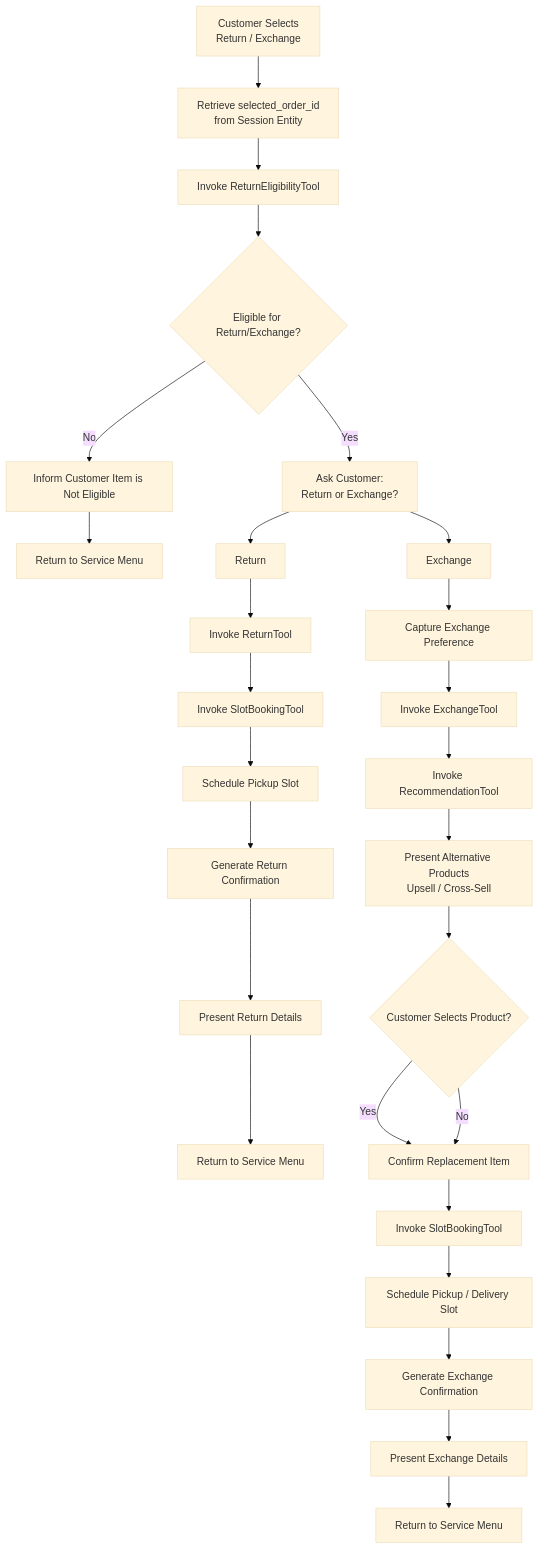
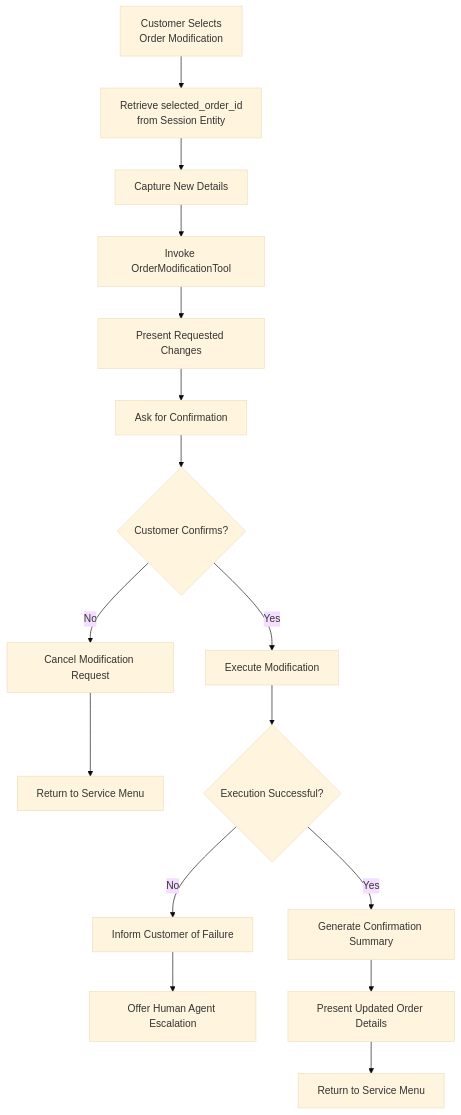
Before and after one commit to anshikasaini12/retail-cx-voice-agent-gcp: the diagram in diagrams/order_modification_flow.mmd, drawn with Mermaid (base theme).

```diff
--- a/diagrams/order_modification_flow.mmd
+++ b/diagrams/order_modification_flow.mmd
@@ -1,59 +1,16 @@
-flowchart TD
-
-A[Customer Selects<br/>Return / Exchange]
-
---> B[Retrieve selected_order_id<br/>from Session Entity]
-
---> C[Invoke ReturnEligibilityTool]
-
---> D{Eligible for Return/Exchange?}
-
-D -- No --> E[Inform Customer Item is Not Eligible]
-
-E --> F[Return to Service Menu]
-
-D -- Yes --> G[Ask Customer:<br/>Return or Exchange?]
-
-%% RETURN FLOW
-
-G --> H[Return]
-
-H --> I[Invoke ReturnTool]
-
-I --> J[Invoke SlotBookingTool]
-
-J --> K[Schedule Pickup Slot]
-
-K --> L[Generate Return Confirmation]
-
-L --> M[Present Return Details]
-
-M --> N[Return to Service Menu]
-
-%% EXCHANGE FLOW
-
-G --> O[Exchange]
-
-O --> P[Capture Exchange Preference]
-
-P --> Q[Invoke ExchangeTool]
-
-Q --> R[Invoke RecommendationTool]
-
-R --> S[Present Alternative Products<br/>Upsell / Cross-Sell]
-
-S --> T{Customer Selects Product?}
-
-T -- Yes --> U[Confirm Replacement Item]
-
-T -- No --> U
-
-U --> V[Invoke SlotBookingTool]
-
-V --> W[Schedule Pickup / Delivery Slot]
-
-W --> X[Generate Exchange Confirmation]
-
-X --> Y[Present Exchange Details]
-
-Y --> Z[Return to Service Menu]
+flowchart TB
+    A["Customer Selects<br>Order Modification"] --> B["Retrieve selected_order_id<br>from Session Entity"]
+    G["Capture New Details"] --> H["Invoke OrderModificationTool"]
+    L["Present Requested Changes"] --> M["Ask for Confirmation"]
+    M --> N{"Customer Confirms?"}
+    N -- No --> O["Cancel Modification Request"]
+    O --> K["Return to Service Menu"]
+    N -- Yes --> P["Execute Modification"]
+    P --> Q{"Execution Successful?"}
+    Q -- No --> R["Inform Customer of Failure"]
+    R --> S["Offer Human Agent Escalation"]
+    Q -- Yes --> T["Generate Confirmation Summary"]
+    T --> U["Present Updated Order Details"]
+    U --> V["Return to Service Menu"]
+    B --> G
+    H --> L
```
